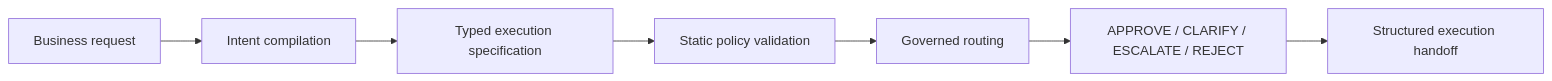
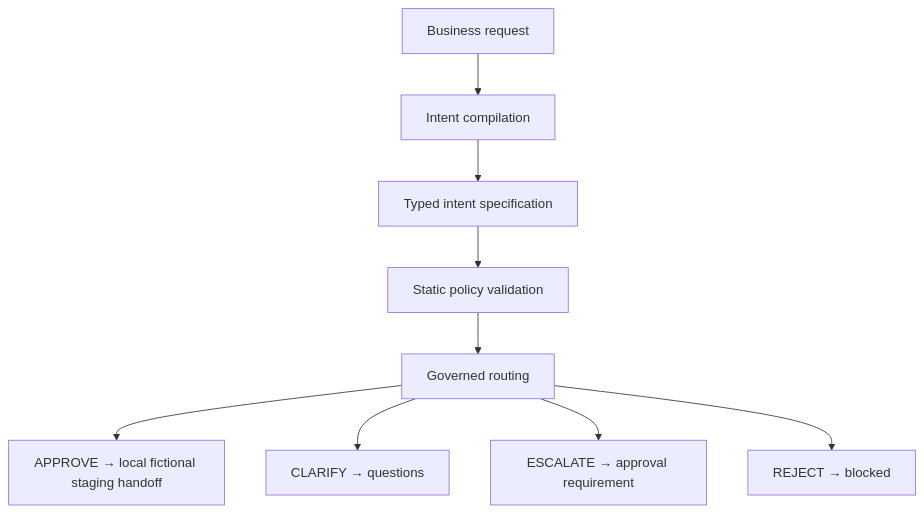
One commit to aamish-ahmad/control-gate changed the diagram in README.md. Above: the diagram before and after it, drawn with Mermaid. The commit also changed other lines of this file, not shown here.

````diff
--- a/README.md
+++ b/README.md
@@ -24,9 +24,11 @@
 ```mermaid
-flowchart LR
-    R["Business request"] --> C["Intent compilation"]
-    C --> I["Typed execution specification"]
-    I --> V["Static policy validation"]
-    V --> A["Governed routing"]
-    A --> D["APPROVE / CLARIFY / ESCALATE / REJECT"]
-    D --> H["Structured execution handoff"]
+flowchart TD
+    A["Business request"] --> B["Intent compilation"]
+    B --> C["Typed intent specification"]
+    C --> D["Static policy validation"]
+    D --> E["Governed routing"]
+    E --> F["APPROVE → local fictional staging handoff"]
+    E --> G["CLARIFY → questions"]
+    E --> H["ESCALATE → approval requirement"]
+    E --> I["REJECT → blocked"]
 ```
````
